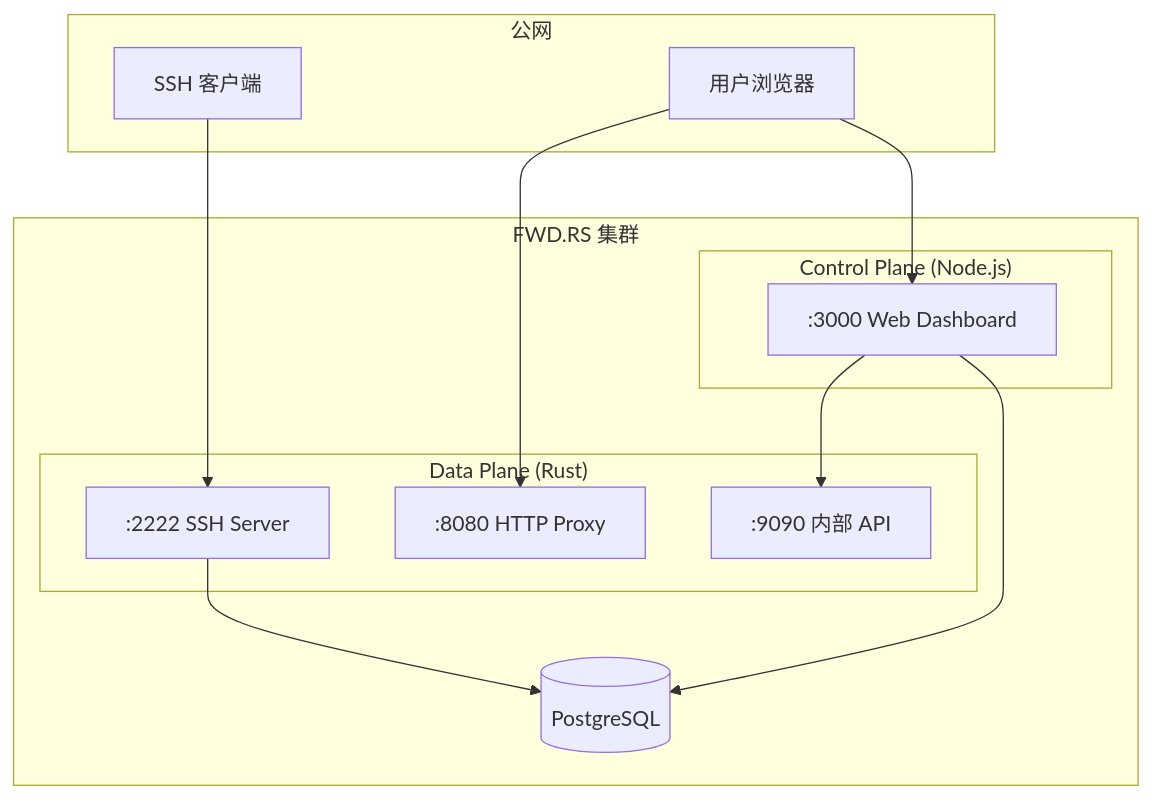
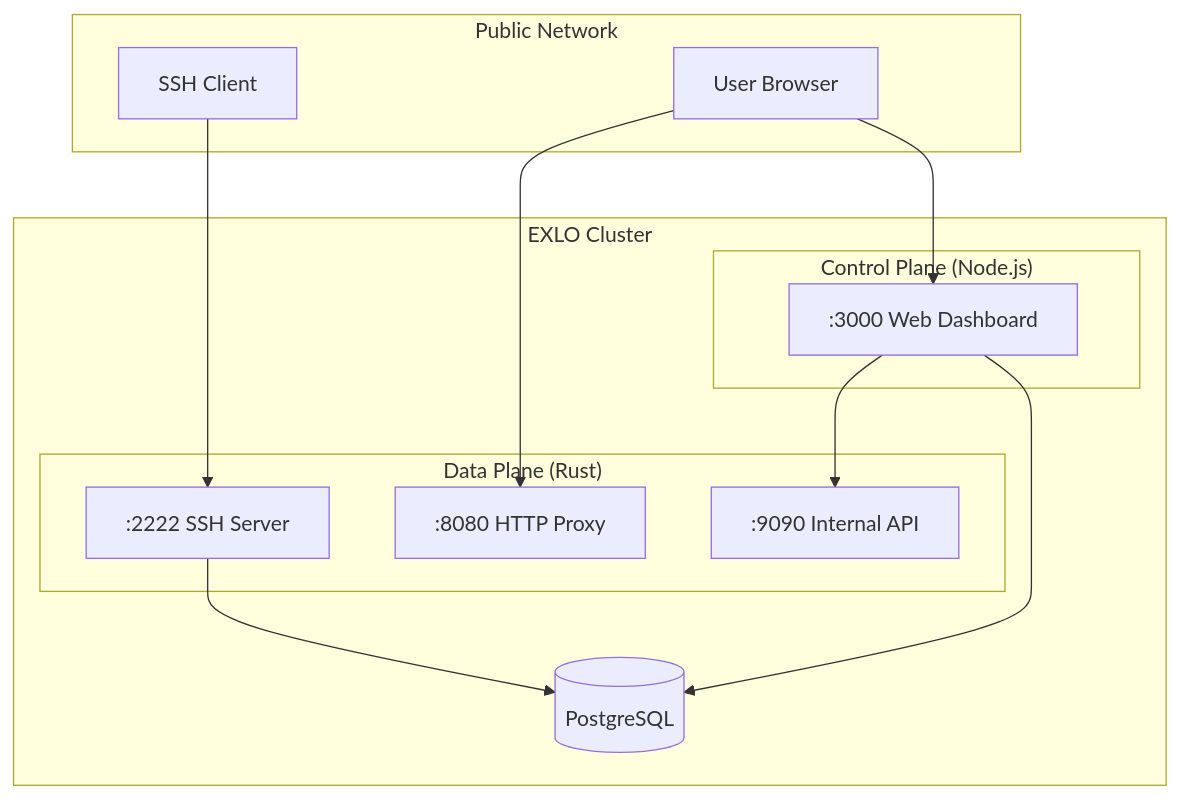
The diagram in apps/docs/content/docs/deployment/index.mdx (ZingerLittleBee/EXLO), drawn with Mermaid before and after one commit. The commit also changed other lines of this file and 31 other files, not shown here.

````diff
--- a/apps/docs/content/docs/deployment/index.mdx
+++ b/apps/docs/content/docs/deployment/index.mdx
@@ -13,28 +13,28 @@
 ```mermaid
 graph TB
-    subgraph "公网"
-        User[用户浏览器]
-        SSH[SSH 客户端]
+    subgraph "Public Network"
+        User[User Browser]
+        SSH[SSH Client]
     end
 
-    subgraph "FWD.RS 集群"
+    subgraph "EXLO Cluster"
         subgraph "Data Plane (Rust)"
             SSH_Server[":2222 SSH Server"]
             HTTP_Proxy[":8080 HTTP Proxy"]
-            Mgmt_API[":9090 内部 API"]
+            Mgmt_API[":9090 Internal API"]
         end
 
         subgraph "Control Plane (Node.js)"
             Web[":3000 Web Dashboard"]
         end
 
         DB[(PostgreSQL)]
     end
 
     SSH --> SSH_Server
     User --> HTTP_Proxy
     User --> Web
     Web --> Mgmt_API
     SSH_Server --> DB
     Web --> DB
 ```
````
